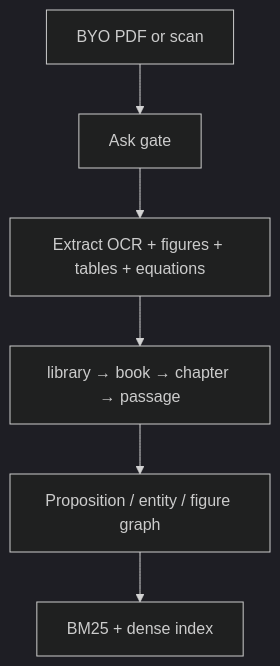
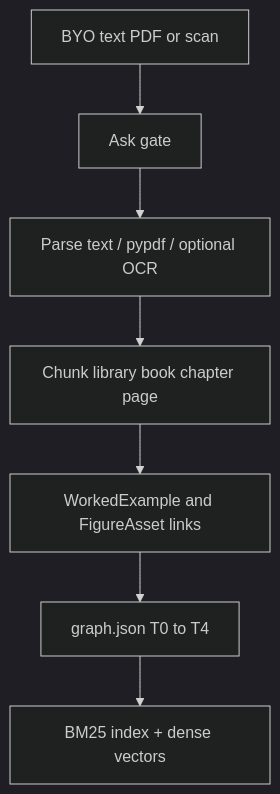
The second of 3 diagrams in docs/ARCHITECTURE.md (Vinayak-RZ/ARC), drawn with Mermaid (dark theme) before and after one commit. The commit also changed other lines of this file and 4 other files, not shown here.

First line of the commit message:
docs(rag): sync harness and architecture ingest/query diagrams

````diff
--- a/docs/ARCHITECTURE.md
+++ b/docs/ARCHITECTURE.md
@@ -521,10 +521,11 @@
 ```mermaid
 flowchart TB
-  Drop["BYO PDF or scan"]
+  Drop["BYO text PDF or scan"]
   Gate["Ask gate"]
-  Parse["Extract OCR + figures + tables + equations"]
-  Tree["library → book → chapter → passage"]
-  Graph["Proposition / entity / figure graph"]
-  Idx["BM25 + dense index"]
-  Drop --> Gate --> Parse --> Tree --> Graph --> Idx
+  Parse["Parse text / pypdf / optional OCR"]
+  Chunk["Chunk library book chapter page"]
+  Parents["WorkedExample and FigureAsset links"]
+  Graph["graph.json T0 to T4"]
+  Idx["BM25 index + dense vectors"]
+  Drop --> Gate --> Parse --> Chunk --> Parents --> Graph --> Idx
 ```
````
